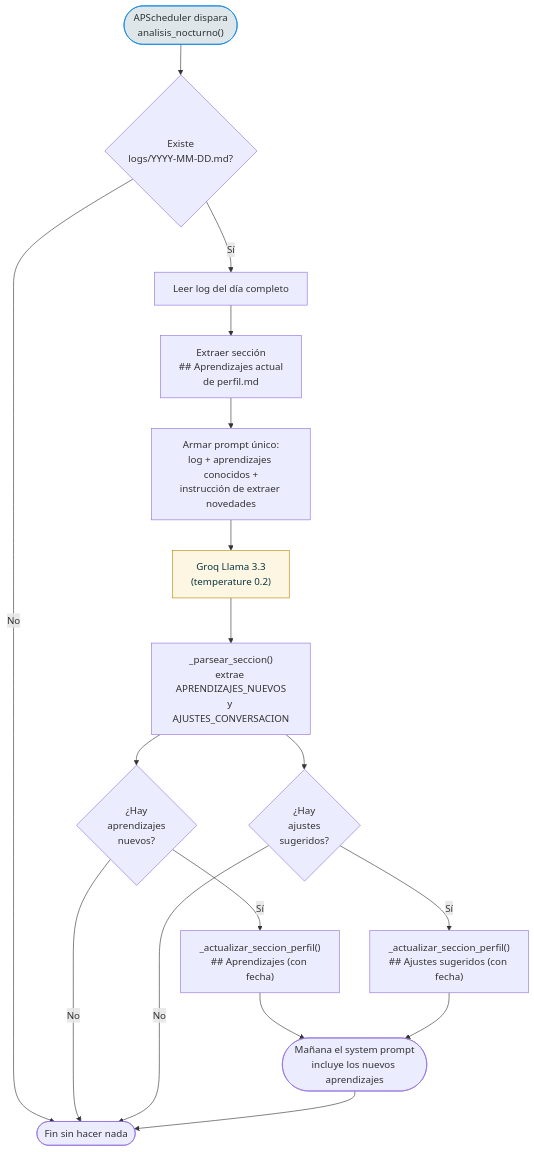
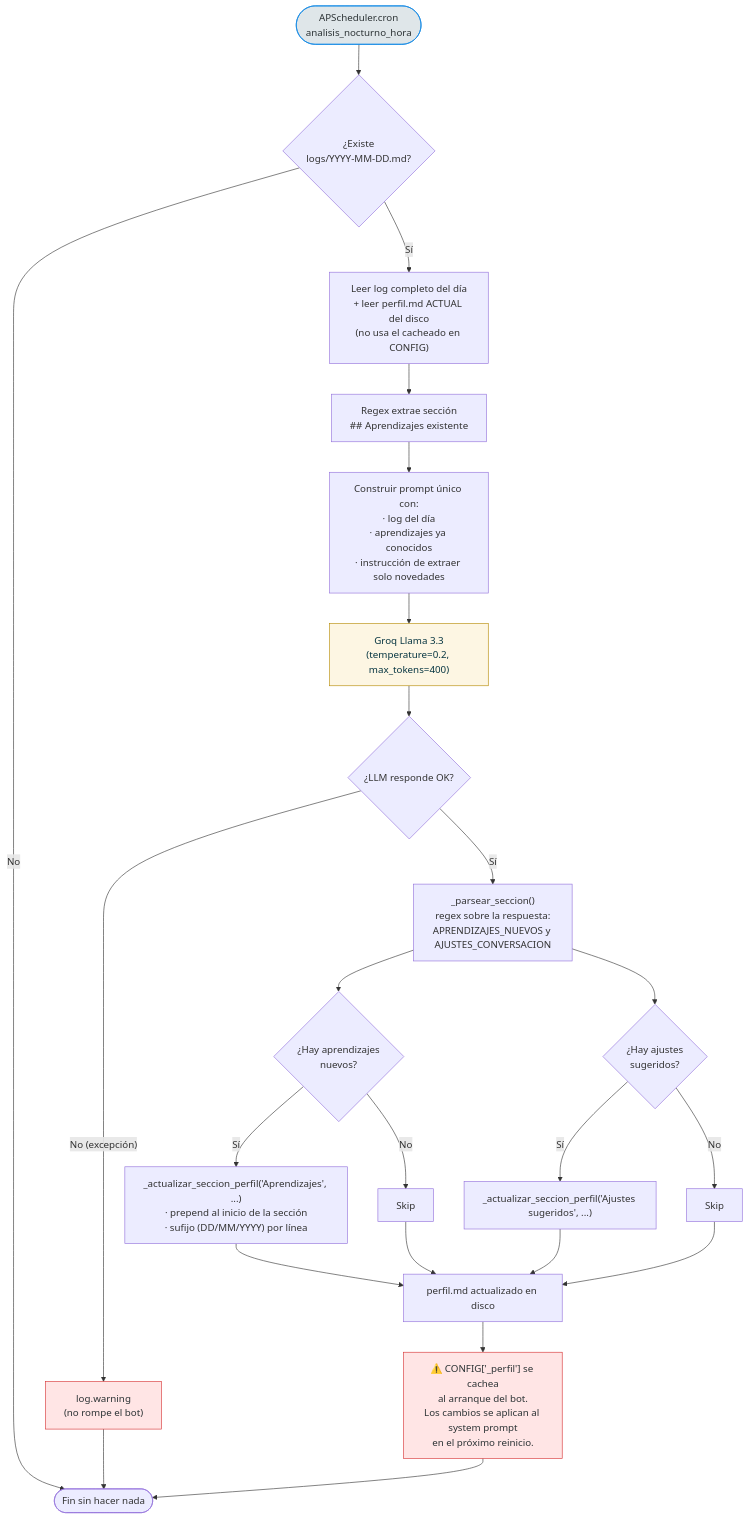
One commit to geermaanv/aikiu changed the fifth of 8 diagrams in README.md. Above: the diagram before and after it, drawn with Mermaid. The commit also changed other lines of this file, not shown here.

````diff
--- a/README.md
+++ b/README.md
@@ -253,24 +323,32 @@
 ```mermaid
 flowchart TD
-    SCHED(["APScheduler dispara<br/>analisis_nocturno()"]) --> CHECK{"Existe<br/>logs/YYYY-MM-DD.md?"}
+    SCHED(["APScheduler.cron<br/>analisis_nocturno_hora"]) --> CHECK{"¿Existe<br/>logs/YYYY-MM-DD.md?"}
     CHECK -->|"No"| END(["Fin sin hacer nada"])
-    CHECK -->|"Sí"| READ["Leer log del día completo"]
-    READ --> EXTR["Extraer sección<br/>## Aprendizajes actual<br/>de perfil.md"]
-    EXTR --> PROMPT["Armar prompt único:<br/>log + aprendizajes conocidos +<br/>instrucción de extraer novedades"]
-    PROMPT --> LLM["Groq Llama 3.3<br/>(temperature 0.2)"]
-    LLM --> PARSE["_parsear_seccion()<br/>extrae APRENDIZAJES_NUEVOS<br/>y AJUSTES_CONVERSACION"]
-    PARSE --> A{"¿Hay<br/>aprendizajes<br/>nuevos?"}
-    PARSE --> B{"¿Hay<br/>ajustes<br/>sugeridos?"}
-    A -->|"Sí"| WRITE_A["_actualizar_seccion_perfil()<br/>## Aprendizajes (con fecha)"]
-    A -->|"No"| END
-    B -->|"Sí"| WRITE_B["_actualizar_seccion_perfil()<br/>## Ajustes sugeridos (con fecha)"]
-    B -->|"No"| END
-    WRITE_A --> NEXT(["Mañana el system prompt<br/>incluye los nuevos aprendizajes"])
+    CHECK -->|"Sí"| READ["Leer log completo del día<br/>+ leer perfil.md ACTUAL del disco<br/>(no usa el cacheado en CONFIG)"]
+    READ --> EXTR["Regex extrae sección<br/>## Aprendizajes existente"]
+    EXTR --> PROMPT["Construir prompt único con:<br/>· log del día<br/>· aprendizajes ya conocidos<br/>· instrucción de extraer solo novedades"]
+    PROMPT --> LLM["Groq Llama 3.3<br/>(temperature=0.2, max_tokens=400)"]
+    LLM --> TRY{"¿LLM responde OK?"}
+    TRY -->|"No (excepción)"| WARN["log.warning<br/>(no rompe el bot)"]
+    TRY -->|"Sí"| PARSE["_parsear_seccion()<br/>regex sobre la respuesta:<br/>APRENDIZAJES_NUEVOS y AJUSTES_CONVERSACION"]
+    PARSE --> A{"¿Hay aprendizajes<br/>nuevos?"}
+    PARSE --> B{"¿Hay ajustes<br/>sugeridos?"}
+    A -->|"Sí"| WRITE_A["_actualizar_seccion_perfil('Aprendizajes', ...)<br/>· prepend al inicio de la sección<br/>· sufijo (DD/MM/YYYY) por línea"]
+    A -->|"No"| SKIP_A["Skip"]
+    B -->|"Sí"| WRITE_B["_actualizar_seccion_perfil('Ajustes sugeridos', ...)"]
+    B -->|"No"| SKIP_B["Skip"]
+    WRITE_A --> NEXT["perfil.md actualizado en disco"]
     WRITE_B --> NEXT
-    NEXT --> END
+    SKIP_A --> NEXT
+    SKIP_B --> NEXT
+    NEXT --> NOTE["⚠️ CONFIG['_perfil'] se cachea<br/>al arranque del bot.<br/>Los cambios se aplican al system prompt<br/>en el próximo reinicio."]
+    NOTE --> END
+    WARN --> END
 
     classDef job fill:#dfe6e9,stroke:#0984e3,color:#2d3436;
     classDef llm fill:#fdf6e3,stroke:#b58900,color:#073642;
-    class SCHED,LLM job;
+    classDef warn fill:#ffe5e5,stroke:#d63031,color:#2d3436;
+    class SCHED job;
     class LLM llm;
+    class NOTE,WARN warn;
 ```
````
